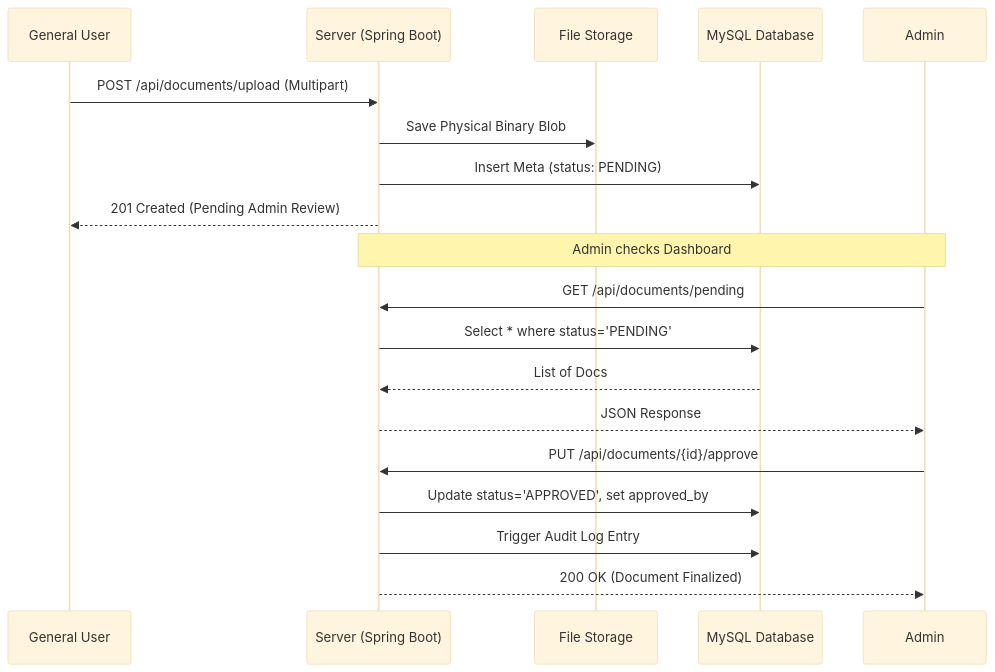
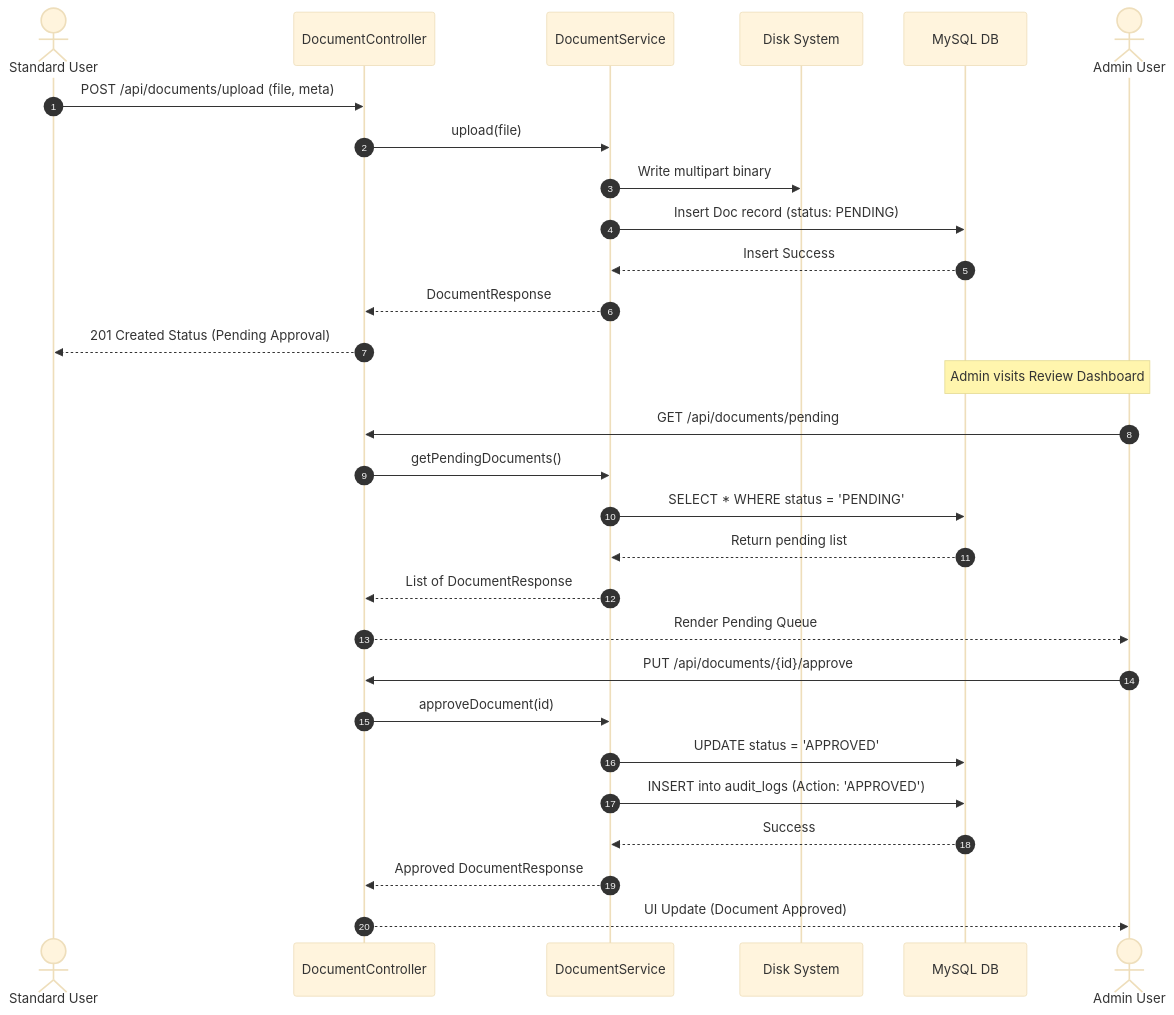
One commit to dhanashripannase90-lgtm/dms changed the fifth of 7 diagrams in DMS_Thesis_Report.md. Above: the diagram before and after it, drawn with Mermaid (base theme). The commit also changed other lines of this file and 3 other files, not shown here.

Commit message:
docs: finalize comprehensive thesis report & fix admin user deletion cascading constraints

````diff
--- a/DMS_Thesis_Report.md
+++ b/DMS_Thesis_Report.md
@@ -231,24 +423,34 @@
 ```mermaid
 sequenceDiagram
-    participant U as General User
-    participant S as Server (Spring Boot)
-    participant FS as File Storage
-    participant DB as MySQL Database
-    participant A as Admin
+    autonumber
+    actor User as Standard User
+    participant Controller as DocumentController
+    participant Service as DocumentService
+    participant Disk as Disk System
+    participant DB as MySQL DB
+    actor Admin as Admin User
 
-    U->>S: POST /api/documents/upload (Multipart)
-    S->>FS: Save Physical Binary Blob
-    S->>DB: Insert Meta (status: PENDING)
-    S-->>U: 201 Created (Pending Admin Review)
+    User->>Controller: POST /api/documents/upload (file, meta)
+    Controller->>Service: upload(file)
+    Service->>Disk: Write multipart binary
+    Service->>DB: Insert Doc record (status: PENDING)
+    DB-->>Service: Insert Success
+    Service-->>Controller: DocumentResponse
+    Controller-->>User: 201 Created Status (Pending Approval)
 
-    Note over A, S: Admin checks Dashboard
-    A->>S: GET /api/documents/pending
-    S->>DB: Select * where status='PENDING'
-    DB-->>S: List of Docs
-    S-->>A: JSON Response
+    Note over Admin, DB: Admin visits Review Dashboard
+    Admin->>Controller: GET /api/documents/pending
+    Controller->>Service: getPendingDocuments()
+    Service->>DB: SELECT * WHERE status = 'PENDING'
+    DB-->>Service: Return pending list
+    Service-->>Controller: List of DocumentResponse
+    Controller-->>Admin: Render Pending Queue
 
-    A->>S: PUT /api/documents/{id}/approve
-    S->>DB: Update status='APPROVED', set approved_by
-    S->>DB: Trigger Audit Log Entry
-    S-->>A: 200 OK (Document Finalized)
+    Admin->>Controller: PUT /api/documents/{id}/approve
+    Controller->>Service: approveDocument(id)
+    Service->>DB: UPDATE status = 'APPROVED'
+    Service->>DB: INSERT into audit_logs (Action: 'APPROVED')
+    DB-->>Service: Success
+    Service-->>Controller: Approved DocumentResponse
+    Controller-->>Admin: UI Update (Document Approved)
 ```
````
